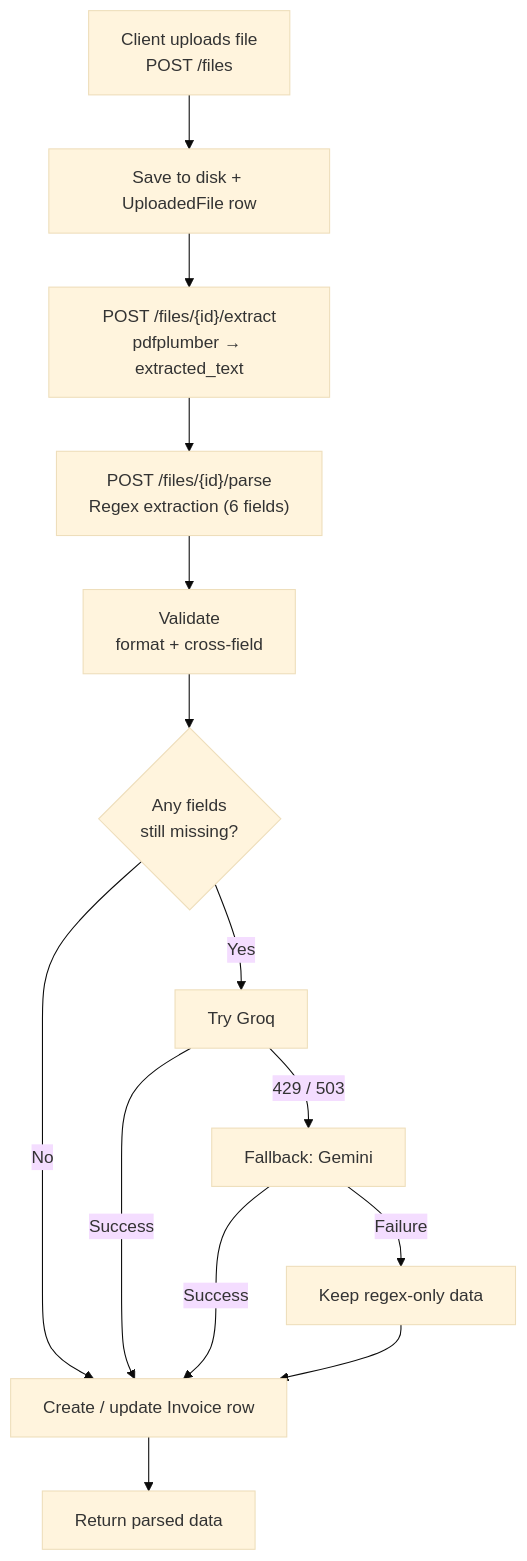
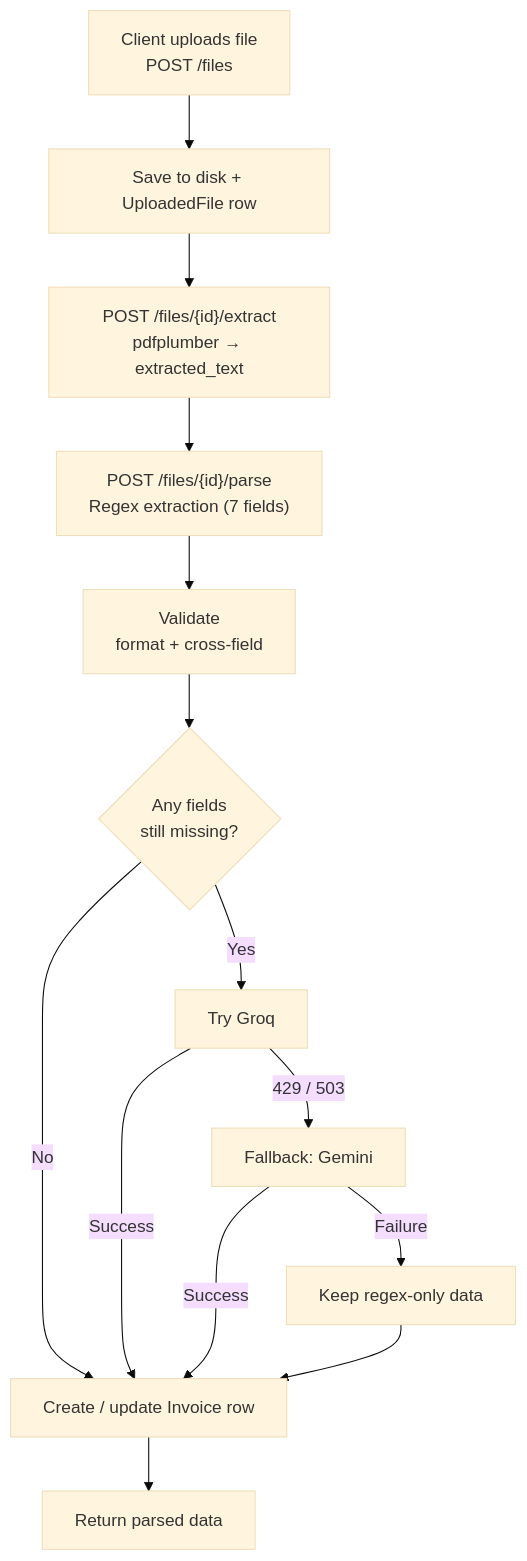
The first of 3 diagrams in README.md (ChaitanyMishra/invoice-receipt-parser), drawn with Mermaid (base theme) before and after one commit. The commit also changed other lines of this file, not shown here.

````diff
--- a/README.md
+++ b/README.md
@@ -90,16 +68,16 @@
 ```mermaid
 flowchart TD
     A["Client uploads file<br/>POST /files"] --> B["Save to disk + UploadedFile row"]
     B --> C["POST /files/{id}/extract<br/>pdfplumber → extracted_text"]
-    C --> D["POST /files/{id}/parse<br/>Regex extraction (6 fields)"]
+    C --> D["POST /files/{id}/parse<br/>Regex extraction (7 fields)"]
     D --> V["Validate<br/>format + cross-field"]
     V --> E{"Any fields<br/>still missing?"}
     E -- No --> H["Create / update Invoice row"]
     E -- Yes --> F["Try Groq"]
     F -- "Success" --> H
     F -- "429 / 503" --> G["Fallback: Gemini"]
     G -- "Success" --> H
     G -- "Failure" --> I["Keep regex-only data"]
     I --> H
     H --> J["Return parsed data"]
 ```
````
